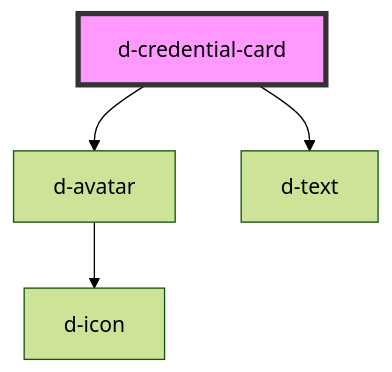
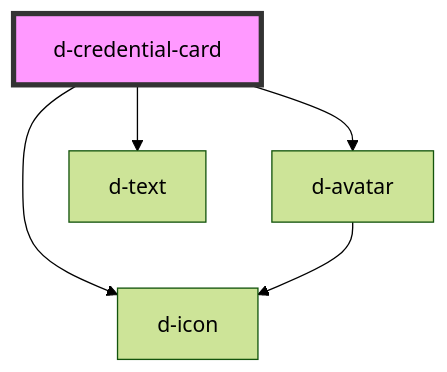
The diagram in src/components/credential-card/readme.md (ForkbombEu/didroom-components), drawn with Mermaid (forest theme) before and after one commit. The commit also changed other lines of this file and 3 other files, not shown here.

Commit message:
fix: credetial-card icon

````diff
--- a/src/components/credential-card/readme.md
+++ b/src/components/credential-card/readme.md
@@ -29,7 +30,8 @@
 ```mermaid
 graph TD;
   d-credential-card --> d-avatar
   d-credential-card --> d-text
+  d-credential-card --> d-icon
   d-avatar --> d-icon
   style d-credential-card fill:#f9f,stroke:#333,stroke-width:4px
 ```
````
